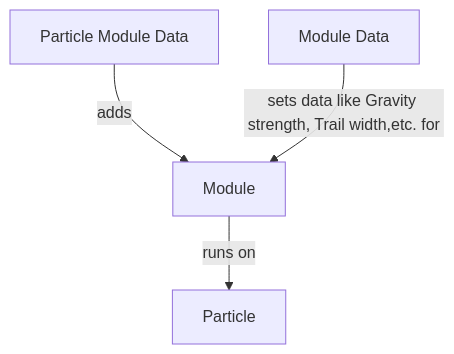
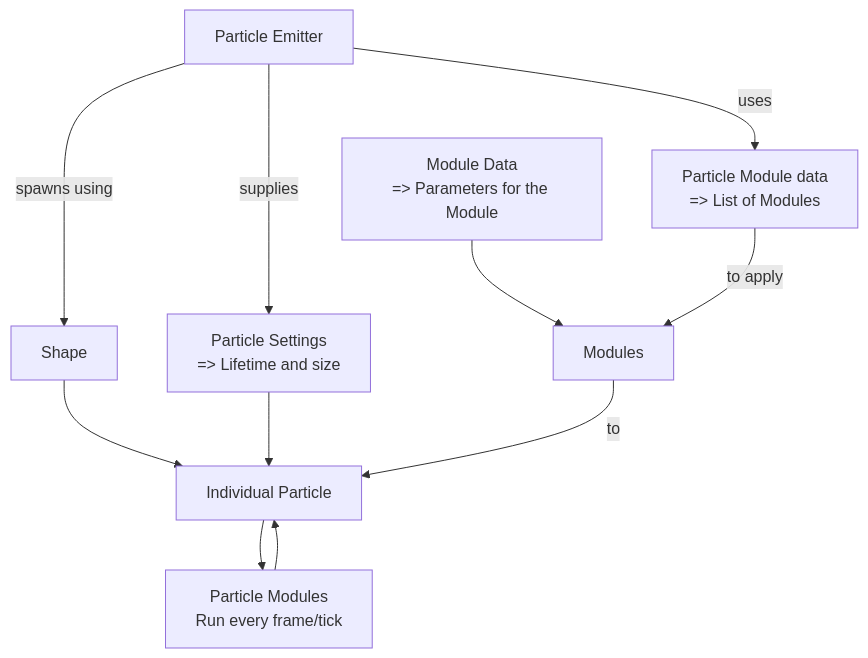
The diagram in quasar.md (amoooooo/Veil), drawn with Mermaid before and after one commit. The commit also changed other lines of this file, not shown here.

````diff
--- a/quasar.md
+++ b/quasar.md
@@ -173,11 +188,20 @@
 ```mermaid
-graph
-moduledata[Module Data]
-pmoduledata[Particle Module Data]
-module[Module]
-particle[Particle]
-
-pmoduledata--adds-->module
-module--runs on-->particle
-moduledata--sets data like Gravity strength, Trail width,etc. for-->module
+flowchart
+	emitter[Particle Emitter]
+data[Particle Module data
+=> List of Modules]
+pmodules[Particle Modules
+Run every frame/tick]
+particle[Individual Particle]
+shape[Shape]
+modules[Modules]
+moduledata[Module Data
+=> Parameters for the Module]
+settings[Particle Settings
+=> Lifetime and size]
+emitter--spawns using-->shape-->particle
+emitter--supplies-->settings-->particle
+moduledata-->modules
+emitter--uses-->data--to apply-->modules--to -->particle
+particle-->pmodules-->particle
 ```
````
